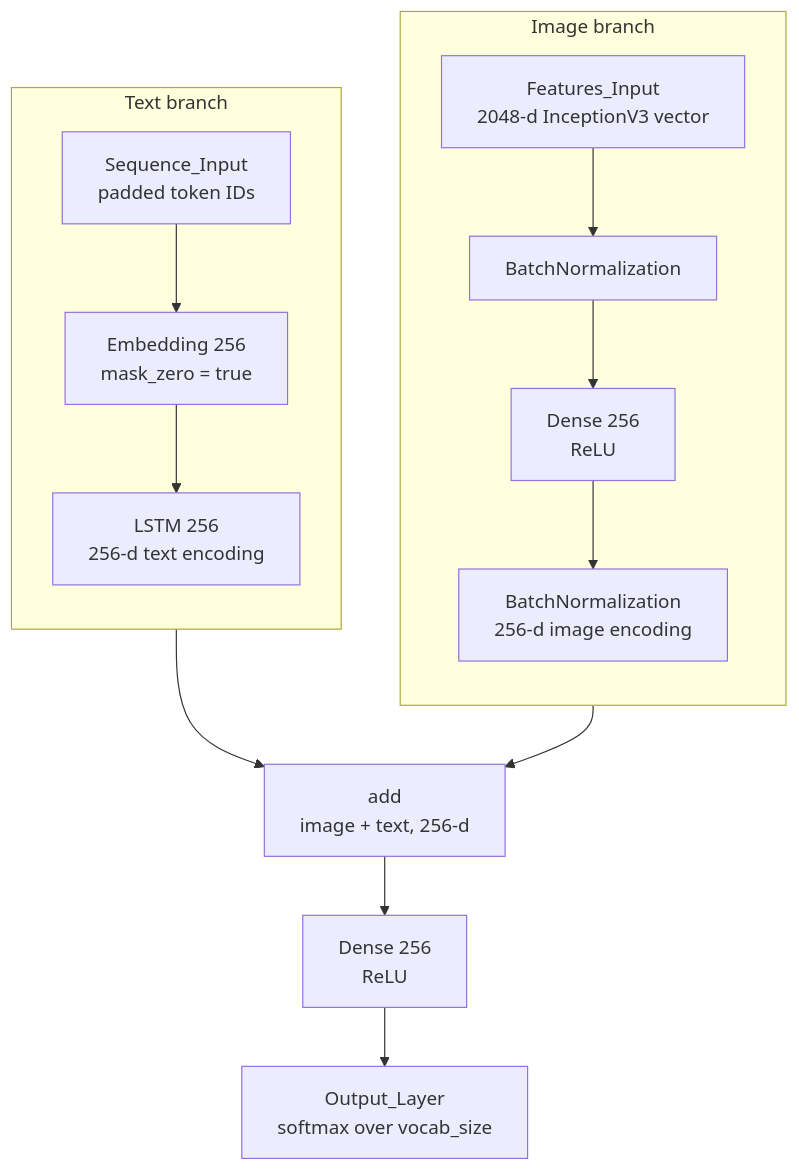
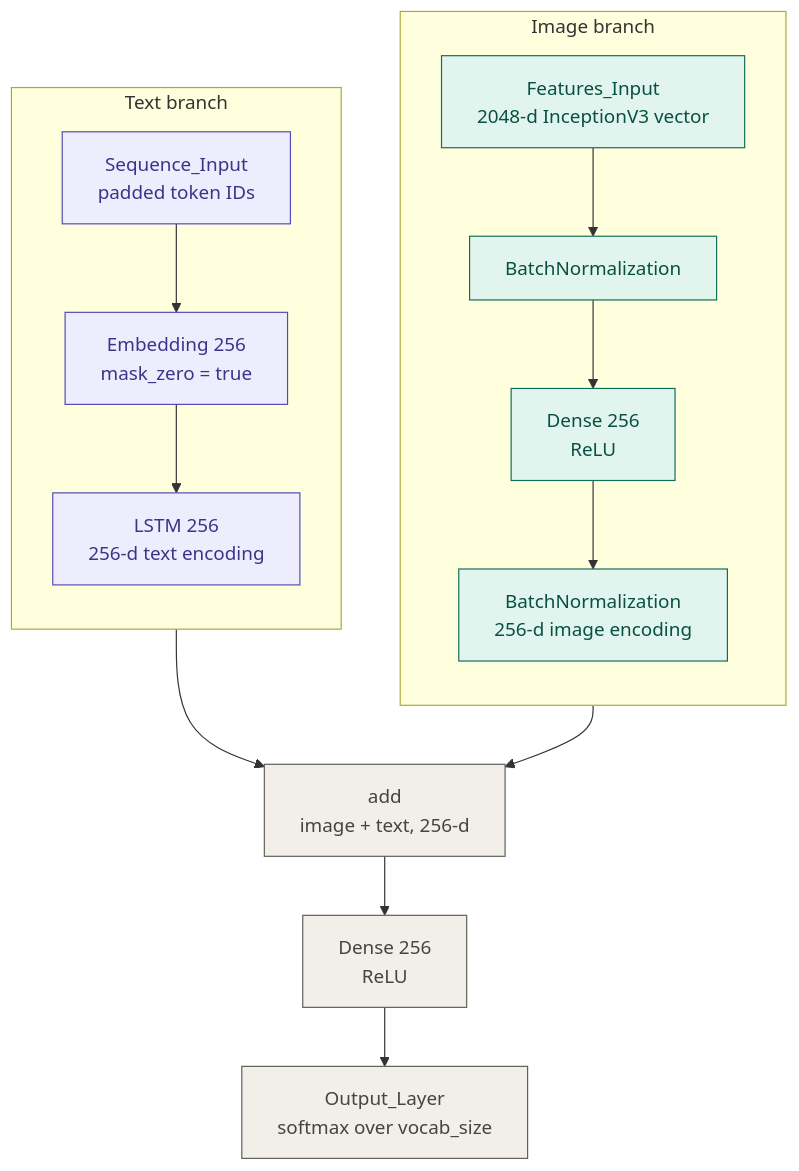
The second of 2 diagrams in README.md (Abidkazmi7/Image-Caption-Generator), drawn with Mermaid before and after one commit. The commit also changed other lines of this file, not shown here.

````diff
--- a/README.md
+++ b/README.md
@@ -1,20 +87,23 @@
 ```mermaid
 flowchart TD
     subgraph IMG["Image branch"]
         direction TB
         I1["Features_Input<br/>2048-d InceptionV3 vector"] --> I2["BatchNormalization"] --> I3["Dense 256<br/>ReLU"] --> I4["BatchNormalization<br/>256-d image encoding"]
     end
 
     subgraph TXT["Text branch"]
         direction TB
         T1["Sequence_Input<br/>padded token IDs"] --> T2["Embedding 256<br/>mask_zero = true"] --> T3["LSTM 256<br/>256-d text encoding"]
     end
 
     I4 --> M["add<br/>image + text, 256-d"]
     T3 --> M
     M --> D["Dense 256<br/>ReLU"] --> O["Output_Layer<br/>softmax over vocab_size"]
 
+    classDef img fill:#E1F5EE,stroke:#0F6E56,color:#085041
+    classDef txt fill:#EEEDFE,stroke:#534AB7,color:#3C3489
+    classDef merge fill:#F1EFE8,stroke:#5F5E5A,color:#444441
     class I1,I2,I3,I4 img
     class T1,T2,T3 txt
     class M,D,O merge
 ```
````
